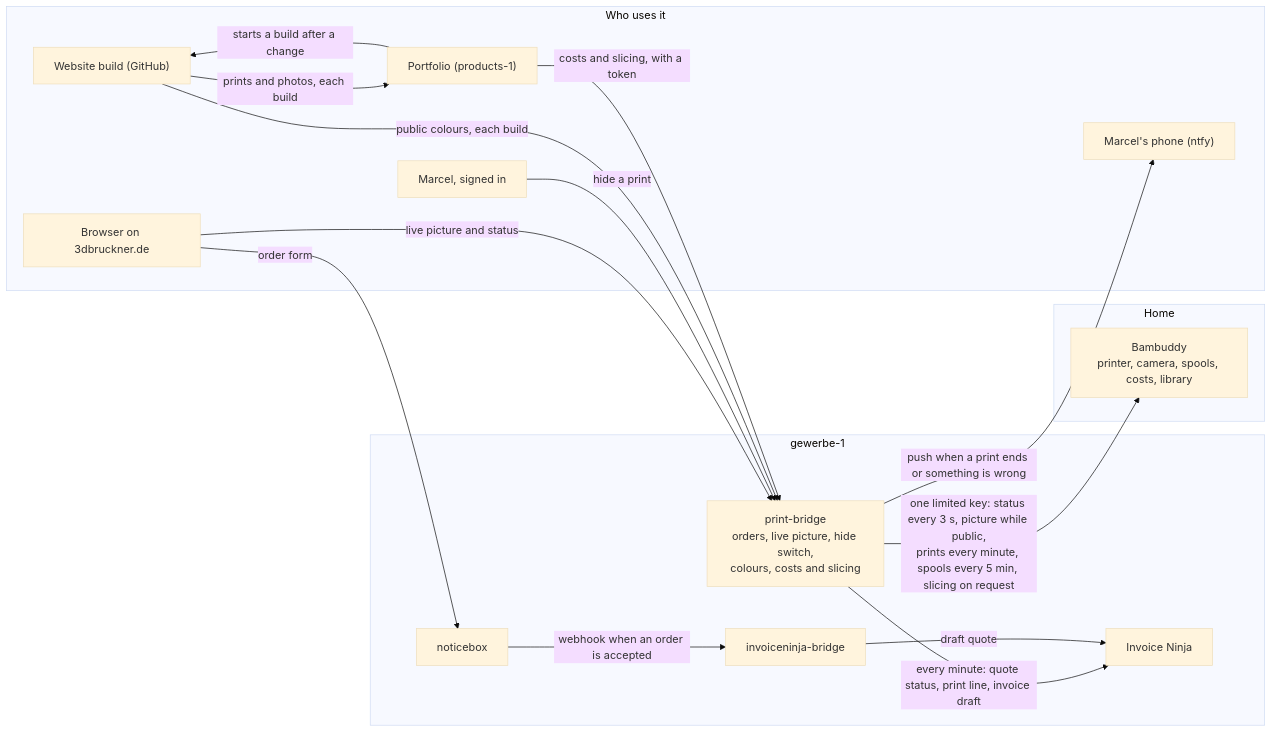
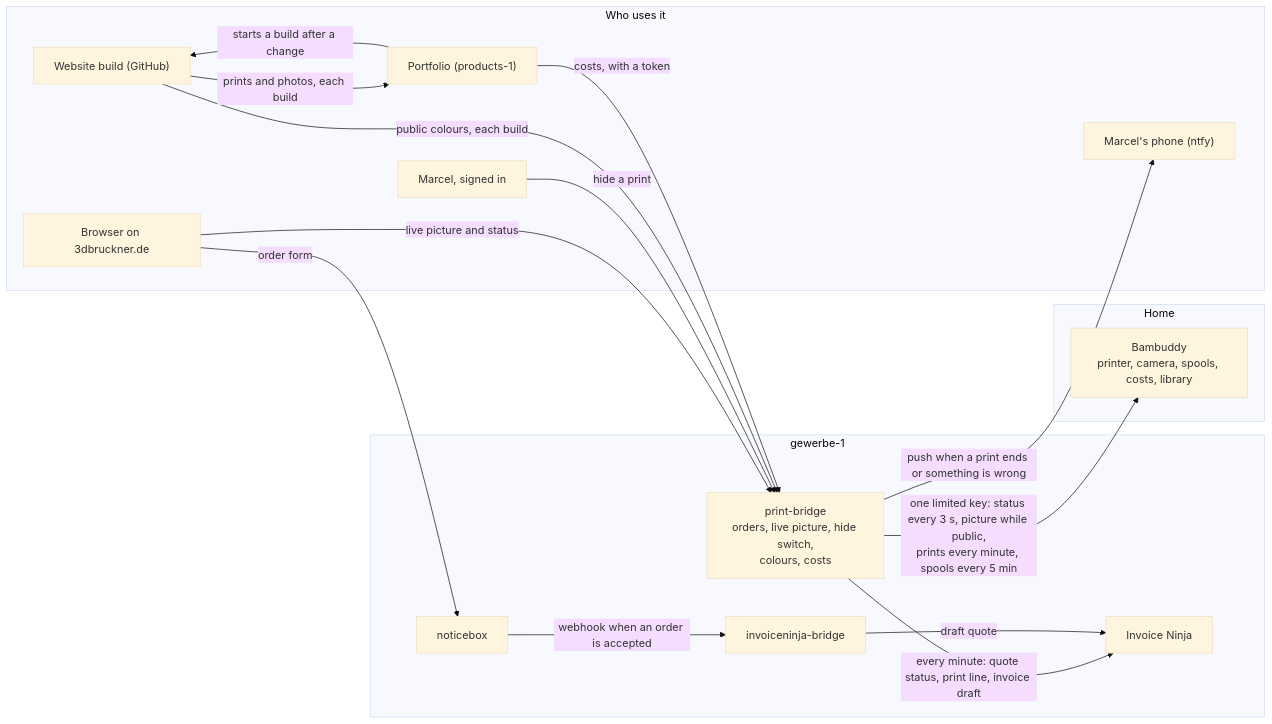
One commit to 3D-Bruckner/print-bridge changed the diagram in docs/vision.md. Above: the diagram before and after it, drawn with Mermaid (base theme). The commit also changed other lines of this file and 20 other files, not shown here.

First line of the commit message:
PRINT-BRIDGE #11: One bridge on gewerbe-1 (#12)

````diff
--- a/docs/vision.md
+++ b/docs/vision.md
@@ -11,32 +11,32 @@
 ```mermaid
 flowchart LR
   subgraph home["Home"]
     B["Bambuddy<br/>printer, camera, spools, costs, library"]
   end
   subgraph gewerbe["gewerbe-1"]
-    PB["print-bridge<br/>orders, live picture, hide switch,<br/>colours, costs and slicing"]
+    PB["print-bridge<br/>orders, live picture, hide switch,<br/>colours, costs"]
     IN["Invoice Ninja"]
     NB["noticebox"]
     INB["invoiceninja-bridge"]
   end
   subgraph users["Who uses it"]
     Phone["Marcel's phone (ntfy)"]
     Browser["Browser on 3dbruckner.de"]
     Me["Marcel, signed in"]
     Build["Website build (GitHub)"]
     P["Portfolio (products-1)"]
   end
 
-  PB -->|"one limited key: status every 3 s, picture while public,<br/>prints every minute, spools every 5 min, slicing on request"| B
+  PB -->|"one limited key: status every 3 s, picture while public,<br/>prints every minute, spools every 5 min"| B
   PB -->|"every minute: quote status, print line, invoice draft"| IN
   PB -->|"push when a print ends or something is wrong"| Phone
   Browser -->|"live picture and status"| PB
   Me -->|"hide a print"| PB
   Build -->|"public colours, each build"| PB
-  P -->|"costs and slicing, with a token"| PB
+  P -->|"costs, with a token"| PB
   Browser -->|"order form"| NB
   NB -->|"webhook when an order is accepted"| INB
   INB -->|"draft quote"| IN
   Build -->|"prints and photos, each build"| P
   P -->|"starts a build after a change"| Build
 ```
````
